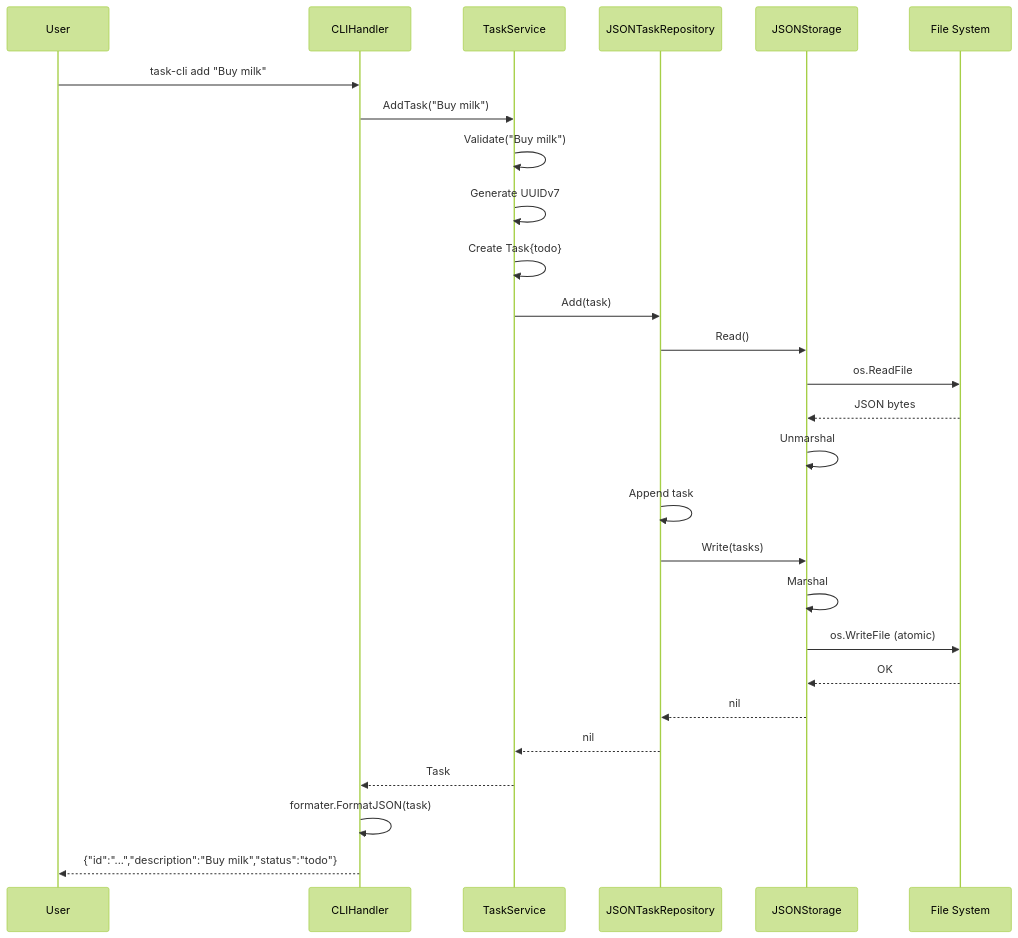
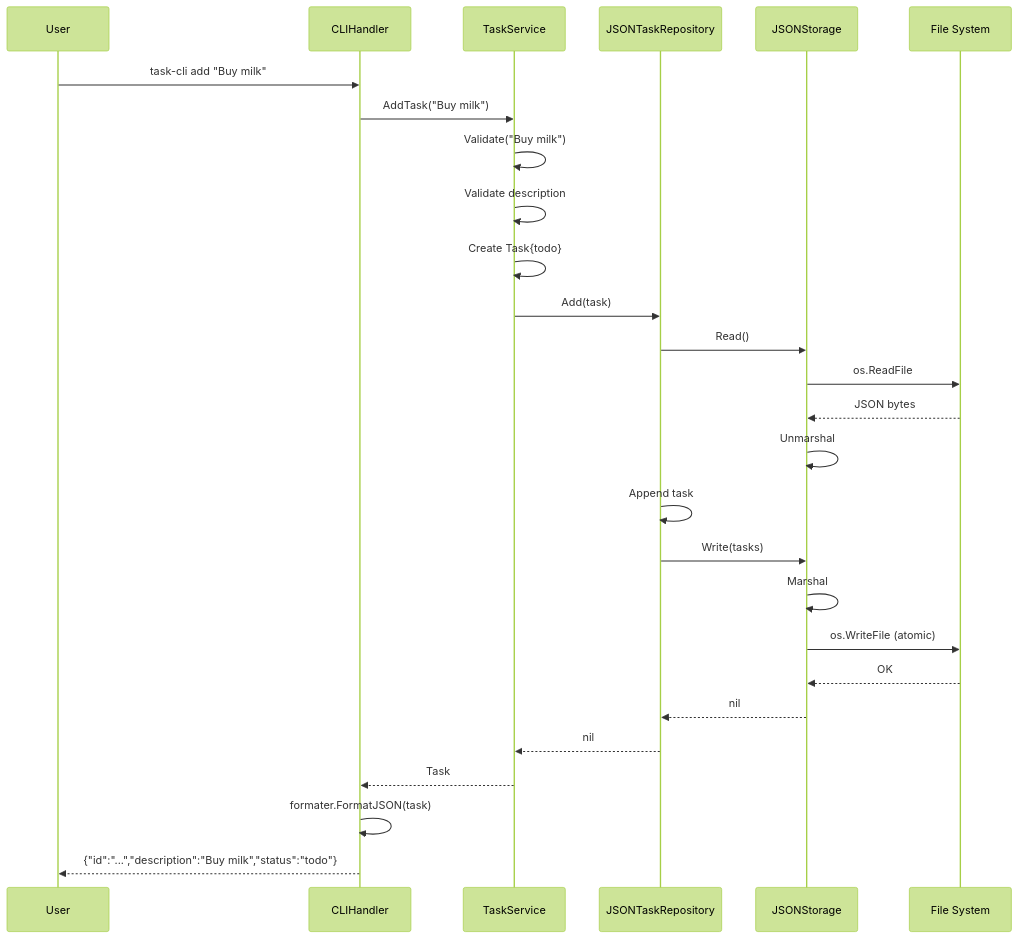
Before and after one commit to mmk31585/task-cli: the third of 10 diagrams in docs/software-design-document.md, drawn with Mermaid (forest theme). The commit also changed other lines of this file and 7 other files, not shown here.

````diff
--- a/docs/software-design-document.md
+++ b/docs/software-design-document.md
@@ -660,30 +658,30 @@
 ```mermaid
 sequenceDiagram
     participant User
     participant CLI as CLIHandler
     participant Svc as TaskService
     participant Repo as JSONTaskRepository
     participant Store as JSONStorage
     participant File as File System
 
     User->>CLI: task-cli add "Buy milk"
     CLI->>Svc: AddTask("Buy milk")
     Svc->>Svc: Validate("Buy milk")
-    Svc->>Svc: Generate UUIDv7
+    Svc->>Svc: Validate description
     Svc->>Svc: Create Task{todo}
     Svc->>Repo: Add(task)
     Repo->>Store: Read()
     Store->>File: os.ReadFile
     File-->>Store: JSON bytes
     Store->>Store: Unmarshal
     Repo->>Repo: Append task
     Repo->>Store: Write(tasks)
     Store->>Store: Marshal
     Store->>File: os.WriteFile (atomic)
     File-->>Store: OK
     Store-->>Repo: nil
     Repo-->>Svc: nil
     Svc-->>CLI: Task
     CLI->>CLI: formater.FormatJSON(task)
     CLI-->>User: {"id":"...","description":"Buy milk","status":"todo"}
 ```
````
